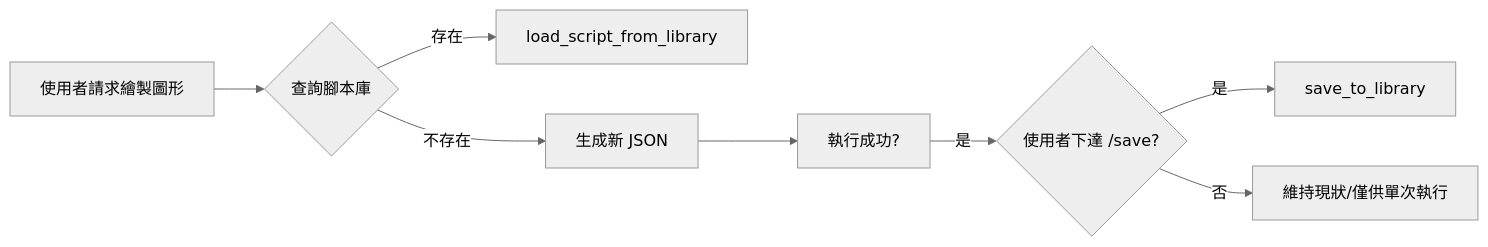
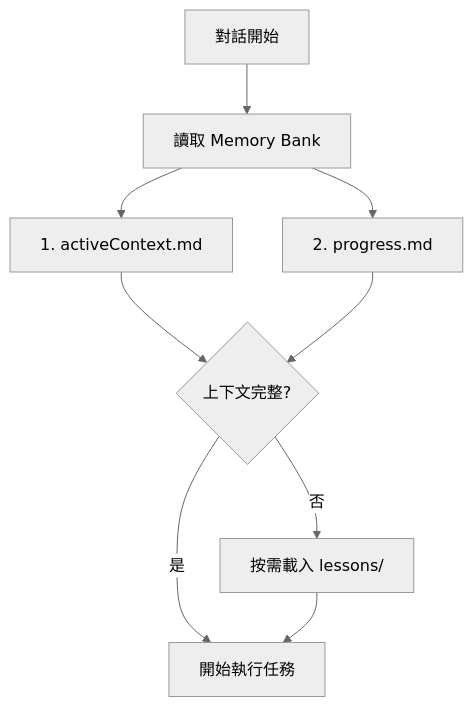
One commit to ChimingLu/AutodeskDynamo_MCP changed the diagram in GEMINI.md. Above: the diagram before and after it, drawn with Mermaid (neutral theme). The commit also changed other lines of this file and 27 other files, not shown here.

````diff
--- a/GEMINI.md
+++ b/GEMINI.md
@@ -121,10 +33,11 @@
 ```mermaid
-graph LR
-    A[使用者請求繪製圖形] --> B{查詢腳本庫}
-    B -->|存在| C[load_script_from_library]
-    B -->|不存在| D[生成新 JSON]
-    D --> E[執行成功?]
-    E -->|是| F{使用者下達 /save?}
-    F -->|是| G[save_to_library]
-    F -->|否| H[維持現狀/僅供單次執行]
+flowchart TD
+    Start[對話開始] --> Read[讀取 Memory Bank]
+    Read --> AC[1. activeContext.md]
+    Read --> P[2. progress.md]
+    AC --> Check{上下文完整?}
+    P --> Check
+    Check -->|否| Load[按需載入 lessons/]
+    Check -->|是| Execute[開始執行任務]
+    Load --> Execute
 ```
````
